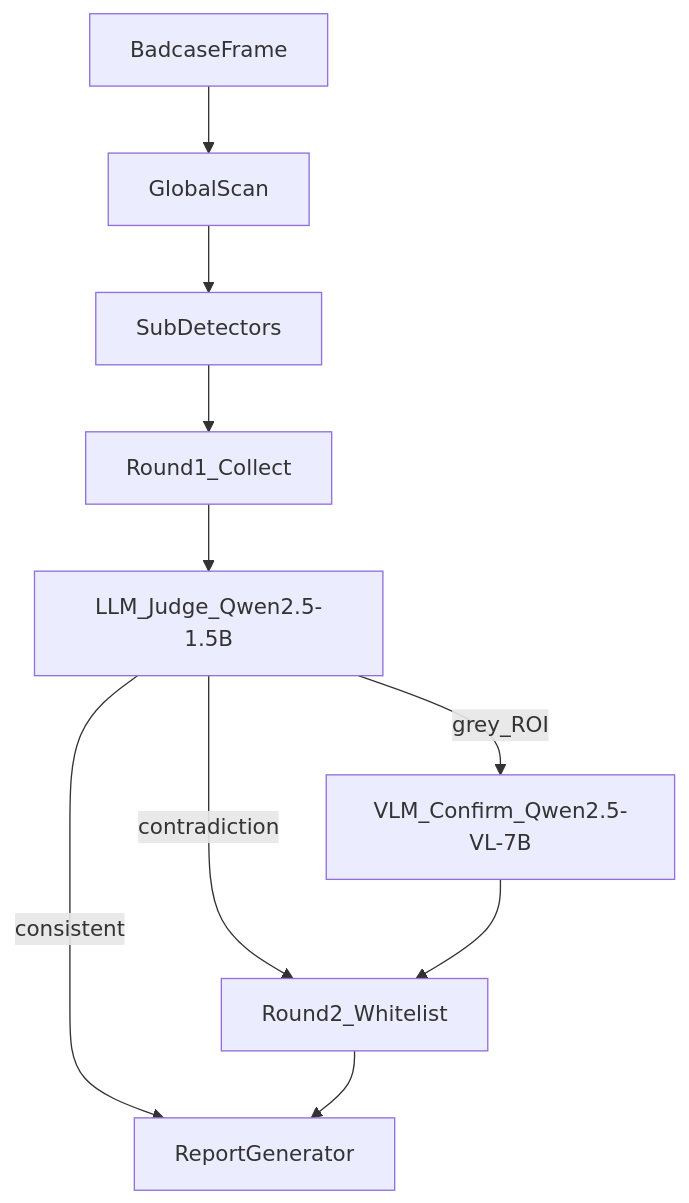
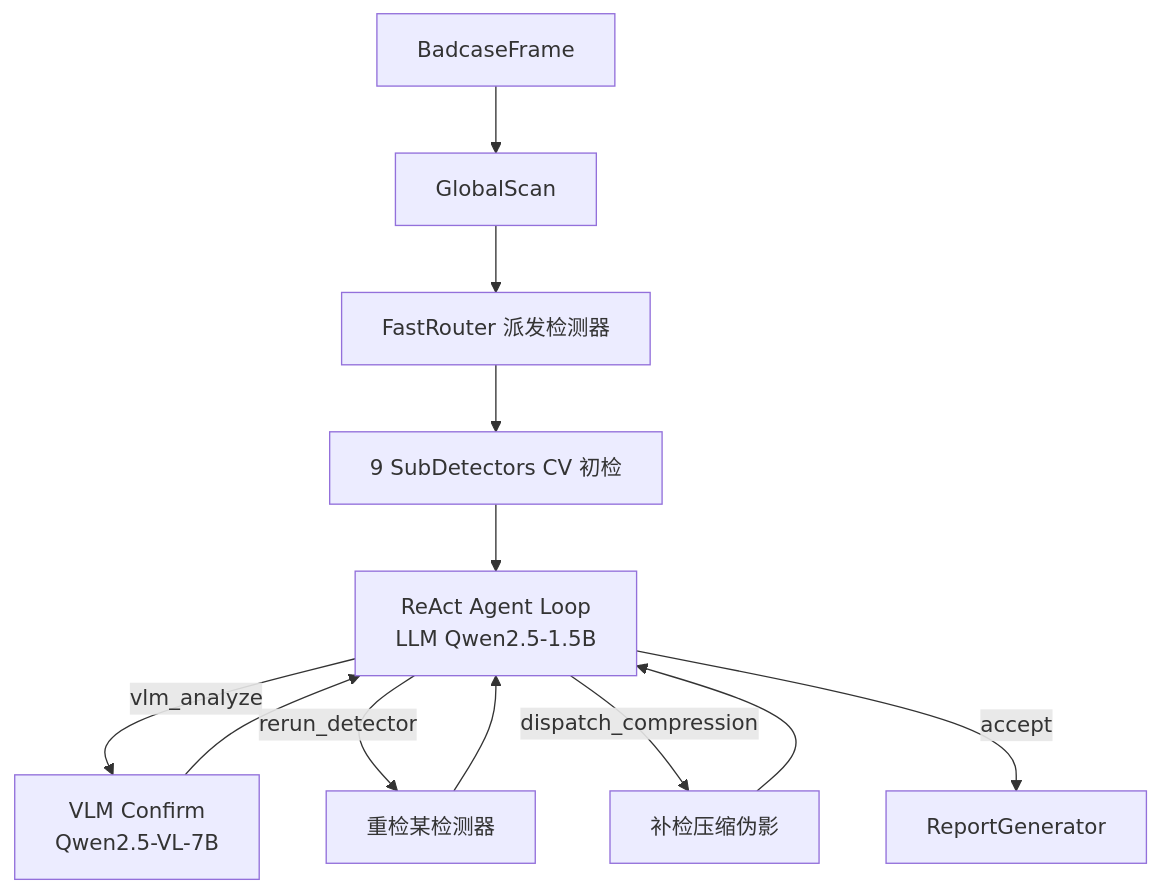
The diagram in specs/VERSION_ROADMAP.md (Chamuel08/LocalQualityDegradationDetection), drawn with Mermaid before and after one commit. The commit also changed other lines of this file and 11 other files, not shown here.

First line of the commit message:
Align specs with ReAct Agent implementation

````diff
--- a/specs/VERSION_ROADMAP.md
+++ b/specs/VERSION_ROADMAP.md
@@ -54,12 +58,14 @@
 ```mermaid
 flowchart TD
   input[BadcaseFrame] --> globalScan[GlobalScan]
-  globalScan --> detectors[SubDetectors]
-  detectors --> round1[Round1_Collect]
-  round1 --> llmJudge["LLM_Judge_Qwen2.5-1.5B"]
-  llmJudge -->|consistent| report[ReportGenerator]
-  llmJudge -->|grey_ROI| vlmConfirm["VLM_Confirm_Qwen2.5-VL-7B"]
-  llmJudge -->|contradiction| round2[Round2_Whitelist]
-  vlmConfirm --> round2
-  round2 --> report
+  globalScan --> router[FastRouter 派发检测器]
+  router --> detectors[9 SubDetectors CV 初检]
+  detectors --> react["ReAct Agent Loop<br/>LLM Qwen2.5-1.5B"]
+  react -->|vlm_analyze| vlm["VLM Confirm<br/>Qwen2.5-VL-7B"]
+  react -->|rerun_detector| rerun[重检某检测器]
+  react -->|dispatch_compression| disp[补检压缩伪影]
+  react -->|accept| report[ReportGenerator]
+  vlm --> react
+  rerun --> react
+  disp --> react
 ```
````
